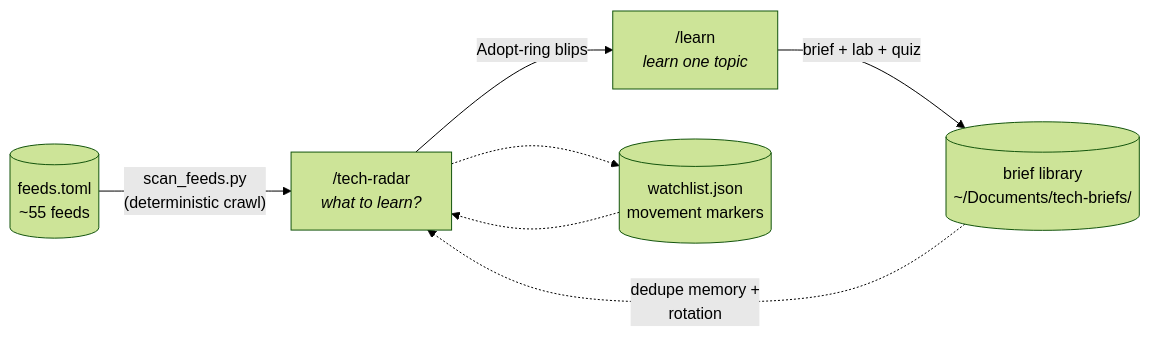
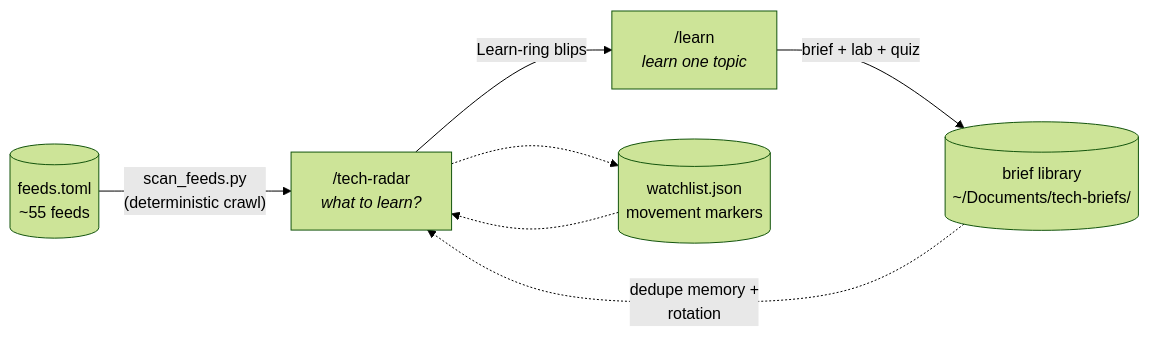
The second of 2 diagrams in README.md (ayberkcansever/ai-skills), drawn with Mermaid (forest theme) before and after one commit. The commit also changed other lines of this file and 3 other files, not shown here.

Commit message:
refactor(tech-radar): learning-native ring names — Learn/Try/Watch/Skip replace Adopt/Trial/Assess/Hold

````diff
--- a/README.md
+++ b/README.md
@@ -168,9 +168,9 @@
 ```mermaid
 flowchart LR
     F[("feeds.toml<br/>~55 feeds")] -->|"scan_feeds.py<br/>(deterministic crawl)"| R["/tech-radar<br/><i>what to learn?</i>"]
-    R -->|"Adopt-ring blips"| B["/learn<br/><i>learn one topic</i>"]
+    R -->|"Learn-ring blips"| B["/learn<br/><i>learn one topic</i>"]
     B -->|"brief + lab + quiz"| L[("brief library<br/>~/Documents/tech-briefs/")]
     L -.->|"dedupe memory +<br/>rotation"| R
     W[("watchlist.json<br/>movement markers")] -.-> R
     R -.-> W
 ```
````
